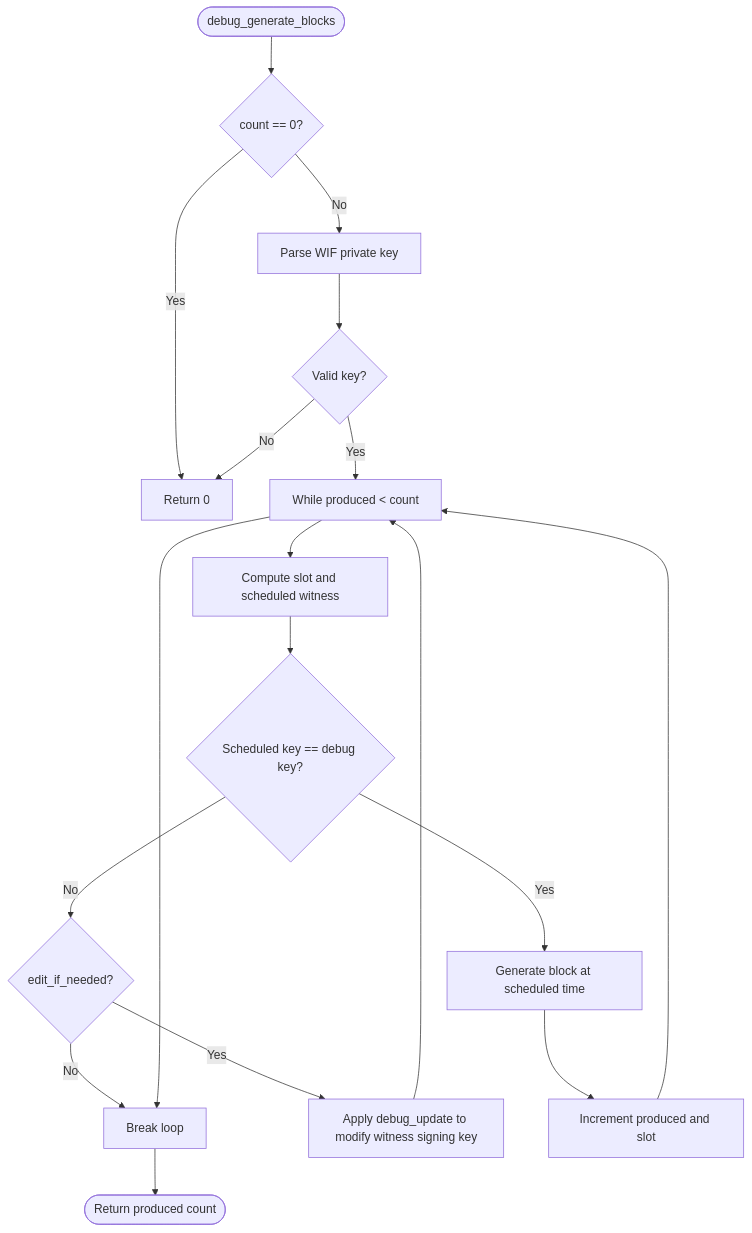
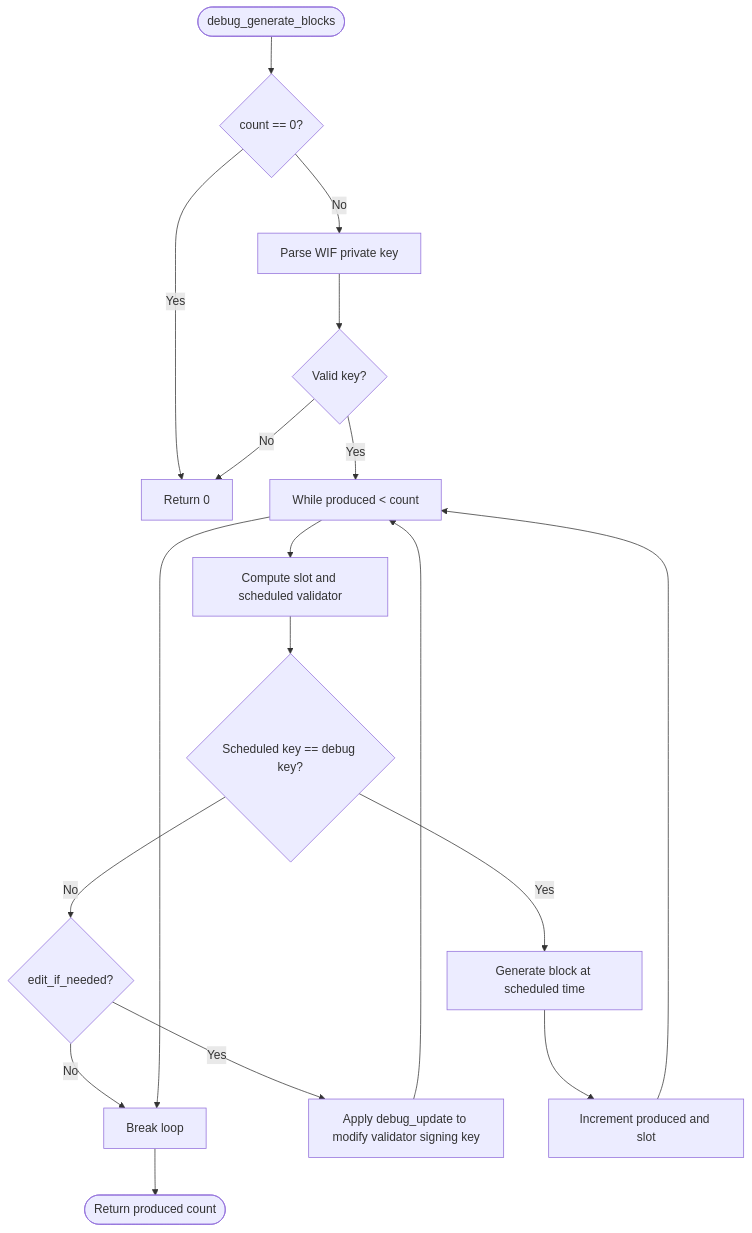
The fourth of 6 diagrams in .qoder/repowiki/en/content/Development Tools/Debugging Tools/Debug Node Plugin.md (VIZ-Blockchain/viz-cpp-node), drawn with Mermaid before and after one commit. The commit also changed other lines of this file and 88 other files, not shown here.

First line of the commit message:
docs(validator): rename witness to validator throughout documentation

````diff
--- a/.qoder/repowiki/en/content/Development Tools/Debugging Tools/Debug Node Plugin.md
+++ b/.qoder/repowiki/en/content/Development Tools/Debugging Tools/Debug Node Plugin.md
@@ -164,20 +164,20 @@
 ```mermaid
 flowchart TD
 Enter(["debug_generate_blocks"]) --> ZeroCheck{"count == 0?"}
 ZeroCheck --> |Yes| Exit0["Return 0"]
 ZeroCheck --> |No| ParseKey["Parse WIF private key"]
 ParseKey --> ValidKey{"Valid key?"}
 ValidKey --> |No| Exit0
 ValidKey --> |Yes| Loop["While produced < count"]
-Loop --> SlotCalc["Compute slot and scheduled witness"]
+Loop --> SlotCalc["Compute slot and scheduled validator"]
 SlotCalc --> CompareKey{"Scheduled key == debug key?"}
 CompareKey --> |No| EditNeeded{"edit_if_needed?"}
 EditNeeded --> |No| ExitLoop["Break loop"]
-EditNeeded --> |Yes| ApplyEdit["Apply debug_update to modify witness signing key"]
+EditNeeded --> |Yes| ApplyEdit["Apply debug_update to modify validator signing key"]
 ApplyEdit --> Loop
 CompareKey --> |Yes| GenBlock["Generate block at scheduled time"]
 GenBlock --> Inc["Increment produced and slot"]
 Inc --> Loop
 Loop --> ExitLoop
 ExitLoop --> Return(["Return produced count"])
 ```
````
